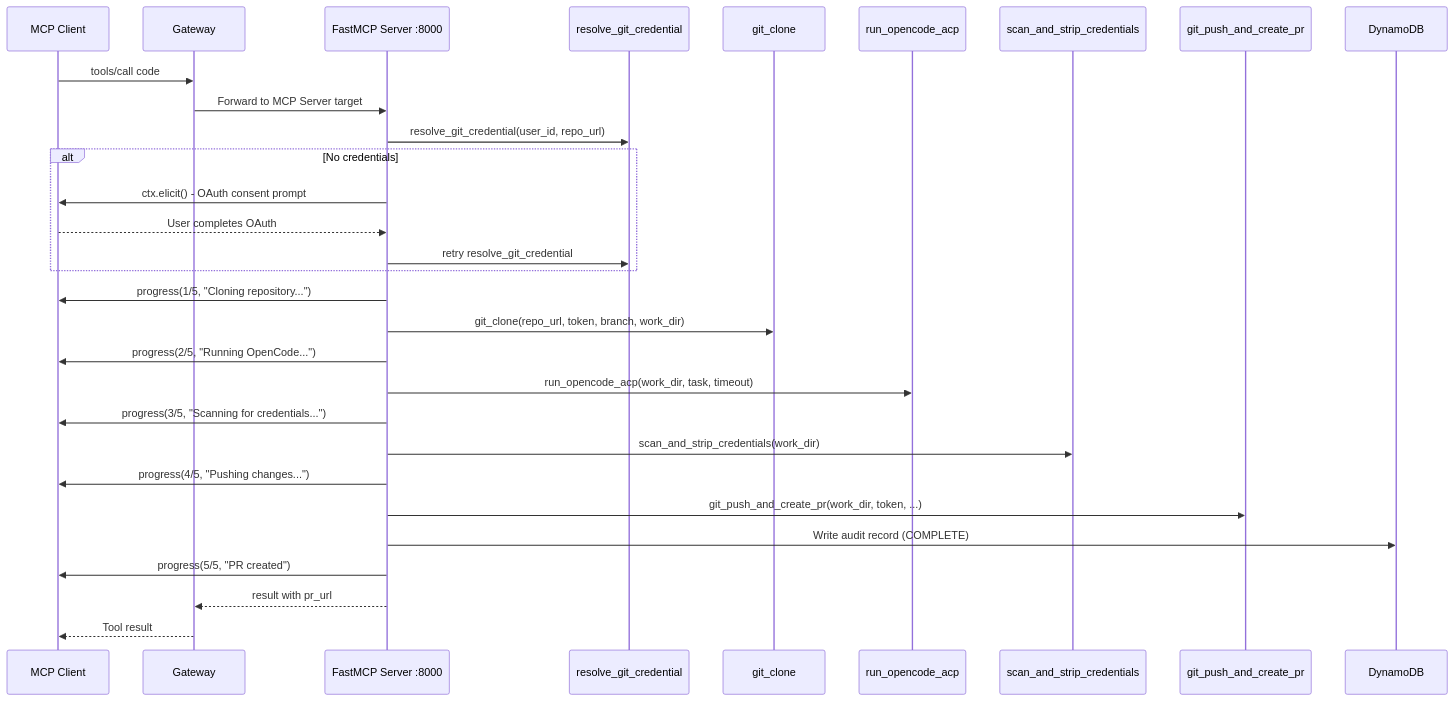
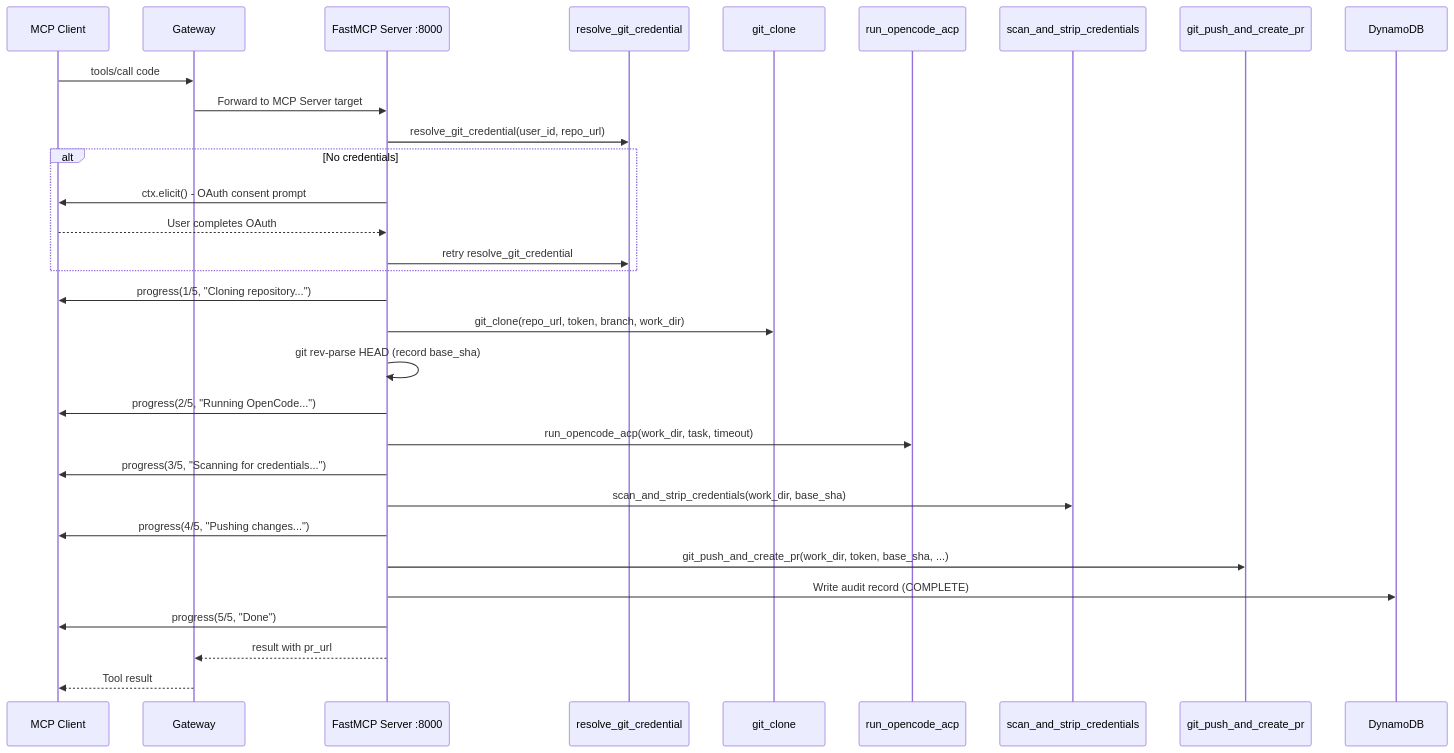
One commit to aws-samples/sample-opencode-on-amazon-bedrock-agentcore changed the first of 5 diagrams in docs/ARCHITECTURE.md. Above: the diagram before and after it, drawn with Mermaid. The commit also changed other lines of this file and 97 other files, not shown here.

````diff
--- a/docs/ARCHITECTURE.md
+++ b/docs/ARCHITECTURE.md
@@ -68,39 +70,40 @@
 ```mermaid
 sequenceDiagram
     participant MC as MCP Client
     participant GW as Gateway
     participant MCP as FastMCP Server :8000
     participant CRED as resolve_git_credential
     participant CLONE as git_clone
     participant OC as run_opencode_acp
     participant SCAN as scan_and_strip_credentials
     participant PUSH as git_push_and_create_pr
     participant DDB as DynamoDB
 
     MC->>GW: tools/call code
     GW->>MCP: Forward to MCP Server target
 
     MCP->>CRED: resolve_git_credential(user_id, repo_url)
     alt No credentials
         MCP->>MC: ctx.elicit() - OAuth consent prompt
         MC-->>MCP: User completes OAuth
         MCP->>CRED: retry resolve_git_credential
     end
 
     MCP->>MC: progress(1/5, "Cloning repository...")
     MCP->>CLONE: git_clone(repo_url, token, branch, work_dir)
+    MCP->>MCP: git rev-parse HEAD (record base_sha)
 
     MCP->>MC: progress(2/5, "Running OpenCode...")
     MCP->>OC: run_opencode_acp(work_dir, task, timeout)
 
     MCP->>MC: progress(3/5, "Scanning for credentials...")
-    MCP->>SCAN: scan_and_strip_credentials(work_dir)
+    MCP->>SCAN: scan_and_strip_credentials(work_dir, base_sha)
 
     MCP->>MC: progress(4/5, "Pushing changes...")
-    MCP->>PUSH: git_push_and_create_pr(work_dir, token, ...)
+    MCP->>PUSH: git_push_and_create_pr(work_dir, token, base_sha, ...)
 
     MCP->>DDB: Write audit record (COMPLETE)
-    MCP->>MC: progress(5/5, "PR created")
+    MCP->>MC: progress(5/5, "Done")
     MCP-->>GW: result with pr_url
     GW-->>MC: Tool result
 ```
````
